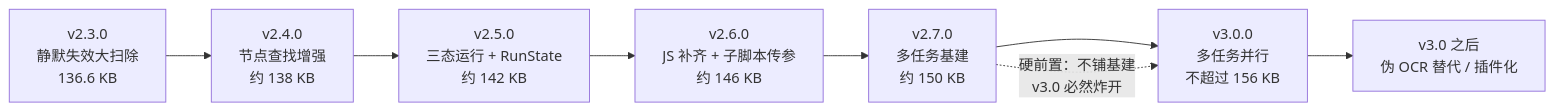
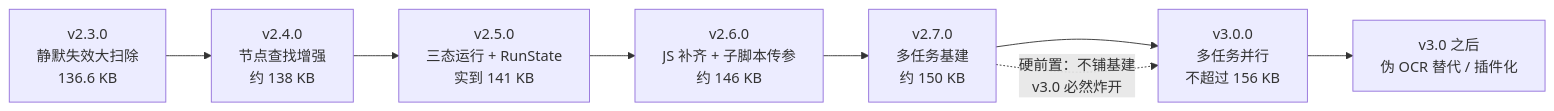
Before and after one commit to tchw521/FloatTap: the second of 2 diagrams in docs/ROADMAP.md, drawn with Mermaid. The commit also changed other lines of this file and 47 other files, not shown here.

First line of the commit message:
v2.5.0：三态运行——暂停 / 恢复（RunState）+ 音量键短按切换 / 长按急停

````diff
--- a/docs/ROADMAP.md
+++ b/docs/ROADMAP.md
@@ -133,13 +133,13 @@
 ```mermaid
 flowchart LR
     V23["v2.3.0<br/>静默失效大扫除<br/>136.6 KB"]
     V24["v2.4.0<br/>节点查找增强<br/>约 138 KB"]
-    V25["v2.5.0<br/>三态运行 + RunState<br/>约 142 KB"]
+    V25["v2.5.0<br/>三态运行 + RunState<br/>实到 141 KB"]
     V26["v2.6.0<br/>JS 补齐 + 子脚本传参<br/>约 146 KB"]
     V27["v2.7.0<br/>多任务基建<br/>约 150 KB"]
     V30["v3.0.0<br/>多任务并行<br/>不超过 156 KB"]
     FUT["v3.0 之后<br/>伪 OCR 替代 / 插件化"]
 
     V23 --> V24 --> V25 --> V26 --> V27 --> V30 --> FUT
     V27 -.->|"硬前置：不铺基建<br/>v3.0 必然炸开"| V30
 ```
````
